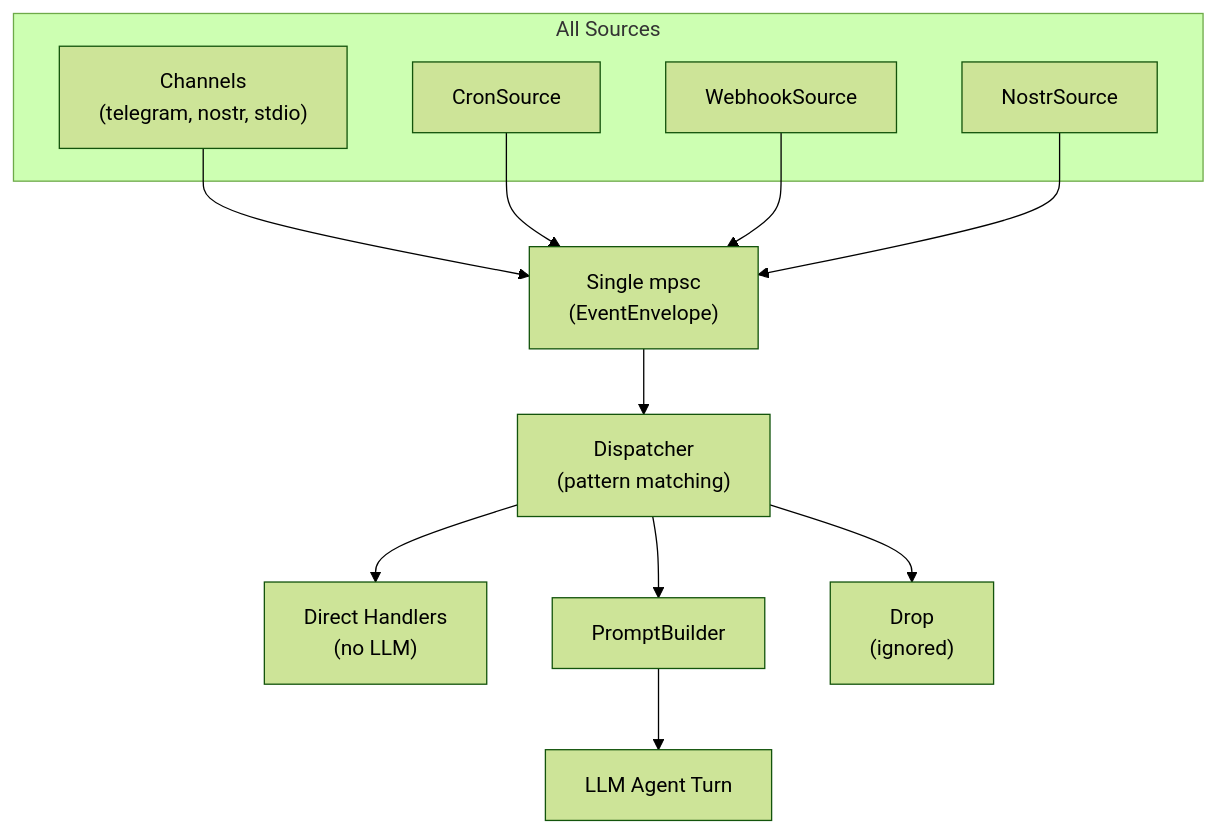
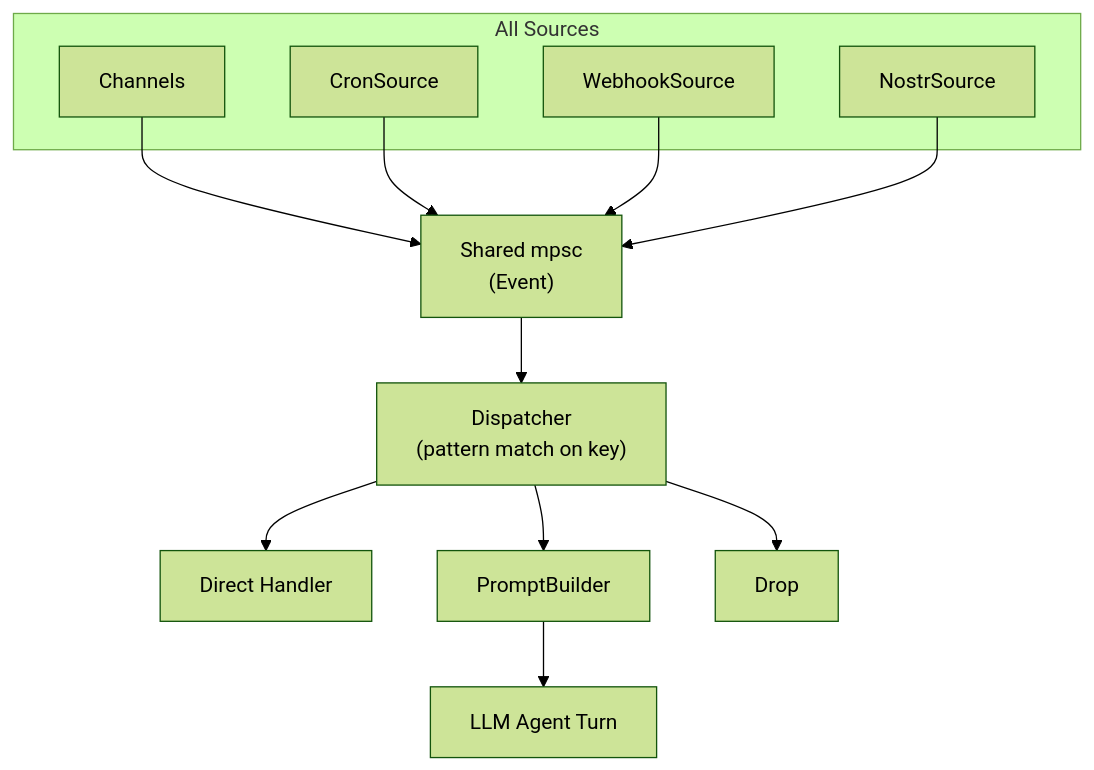
One commit to k0sti/nocelium changed the diagram in docs/dispatch.md. Above: the diagram before and after it, drawn with Mermaid (forest theme). The commit also changed other lines of this file and 4 other files, not shown here.

````diff
--- a/docs/dispatch.md
+++ b/docs/dispatch.md
@@ -9,26 +9,26 @@
 ```mermaid
 graph TD
     subgraph sources["All Sources"]
-        CH["Channels<br/>(telegram, nostr, stdio)"]
+        CH["Channels"]
         CRON["CronSource"]
         WH["WebhookSource"]
         NS["NostrSource"]
     end
 
-    QUEUE["Single mpsc<br/>(EventEnvelope)"]
-    DISPATCH["Dispatcher<br/>(pattern matching)"]
-    HANDLER["Direct Handlers<br/>(no LLM)"]
+    QUEUE["Shared mpsc<br/>(Event)"]
+    DISPATCH["Dispatcher<br/>(pattern match on key)"]
+    HANDLER["Direct Handler"]
     BUILDER["PromptBuilder"]
     LLM["LLM Agent Turn"]
-    DROP["Drop<br/>(ignored)"]
+    DROP["Drop"]
 
     CH --> QUEUE
     CRON --> QUEUE
     WH --> QUEUE
     NS --> QUEUE
     QUEUE --> DISPATCH
     DISPATCH --> HANDLER
     DISPATCH --> BUILDER
     DISPATCH --> DROP
     BUILDER --> LLM
 ```
````
